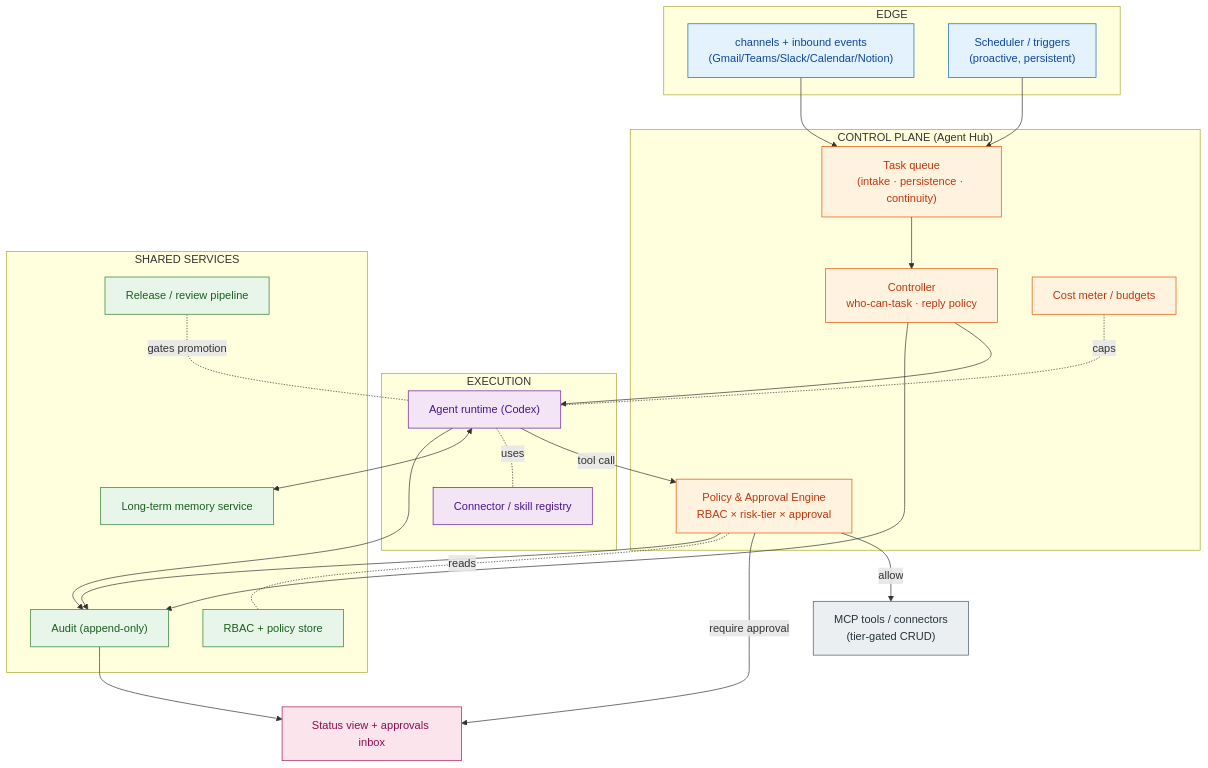
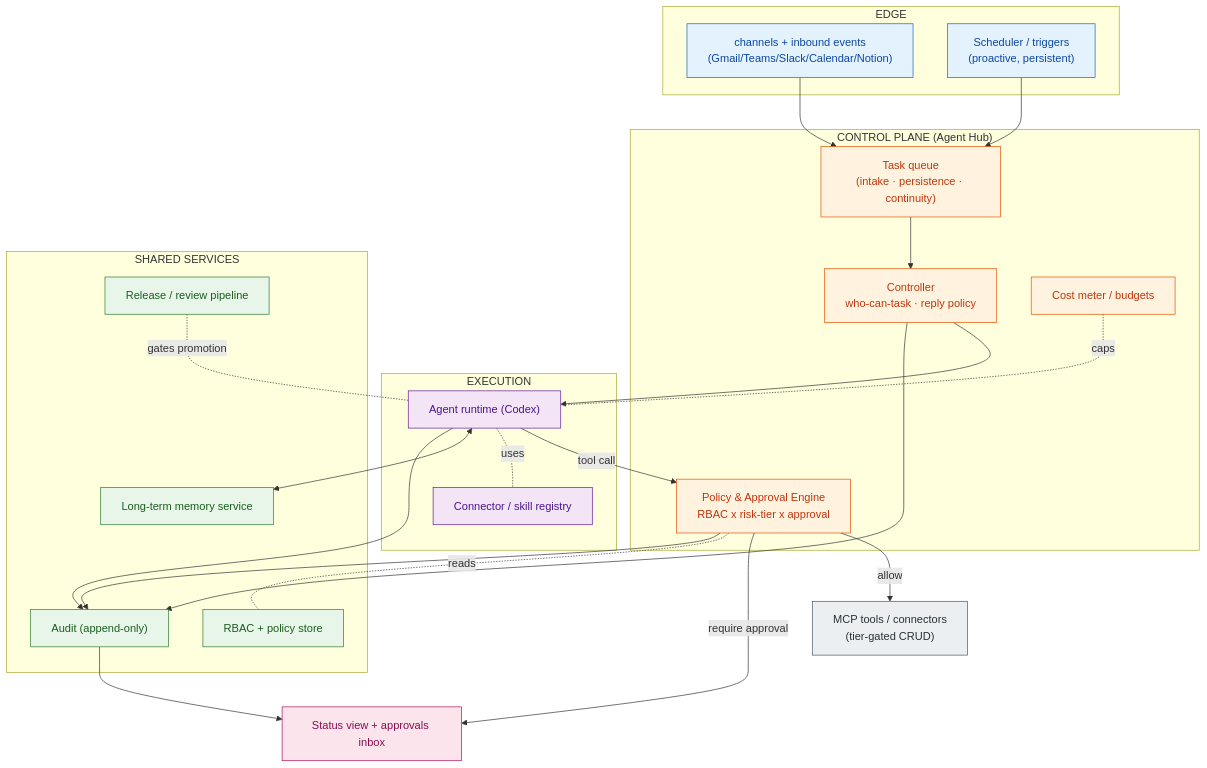
Before and after one commit to vic4code/digital-colleague-prototype: the second of 3 diagrams in docs/roadmap.md, drawn with Mermaid. The commit also changed other lines of this file and 1 other file, not shown here.

First line of the commit message:
docs: write roadmap and governance fully in English

````diff
--- a/docs/roadmap.md
+++ b/docs/roadmap.md
@@ -131,46 +133,46 @@
 ```mermaid
 flowchart TB
     subgraph Edge["EDGE"]
         CH["channels + inbound events<br/>(Gmail/Teams/Slack/Calendar/Notion)"]:::edge
         SCH["Scheduler / triggers<br/>(proactive, persistent)"]:::edge
     end
 
     subgraph CP["CONTROL PLANE (Agent Hub)"]
         Q["Task queue<br/>(intake · persistence · continuity)"]:::ctl
         CTRL["Controller<br/>who-can-task · reply policy"]:::ctl
-        POLENG["Policy & Approval Engine<br/>RBAC × risk-tier × approval"]:::ctl
+        POLENG["Policy & Approval Engine<br/>RBAC x risk-tier x approval"]:::ctl
         COST["Cost meter / budgets"]:::ctl
     end
 
     subgraph EX["EXECUTION"]
         RT["Agent runtime (Codex)"]:::exec
         REG["Connector / skill registry"]:::exec
     end
 
     subgraph SVC["SHARED SERVICES"]
         MEM["Long-term memory service"]:::id
         RBAC["RBAC + policy store"]:::id
         AUD["Audit (append-only)"]:::id
         REL["Release / review pipeline"]:::id
     end
 
     TOOLS["MCP tools / connectors<br/>(tier-gated CRUD)"]:::tool
     VIEW["Status view + approvals inbox"]:::view
 
     CH & SCH --> Q --> CTRL --> RT
     RT -->|tool call| POLENG -->|allow| TOOLS
     POLENG -->|require approval| VIEW
     POLENG -. reads .- RBAC
     RT -. uses .- REG
     RT <--> MEM
     CTRL & POLENG & RT --> AUD --> VIEW
     COST -. caps .- RT
     REL -. gates promotion .- RT
 
     classDef edge fill:#e3f2fd,stroke:#1565c0,color:#0d47a1;
     classDef ctl fill:#fff3e0,stroke:#e65100,color:#bf360c;
     classDef exec fill:#f3e5f5,stroke:#6a1b9a,color:#4a148c;
     classDef id fill:#e8f5e9,stroke:#2e7d32,color:#1b5e20;
     classDef tool fill:#eceff1,stroke:#455a64,color:#263238;
     classDef view fill:#fce4ec,stroke:#ad1457,color:#880e4f;
 ```
````
